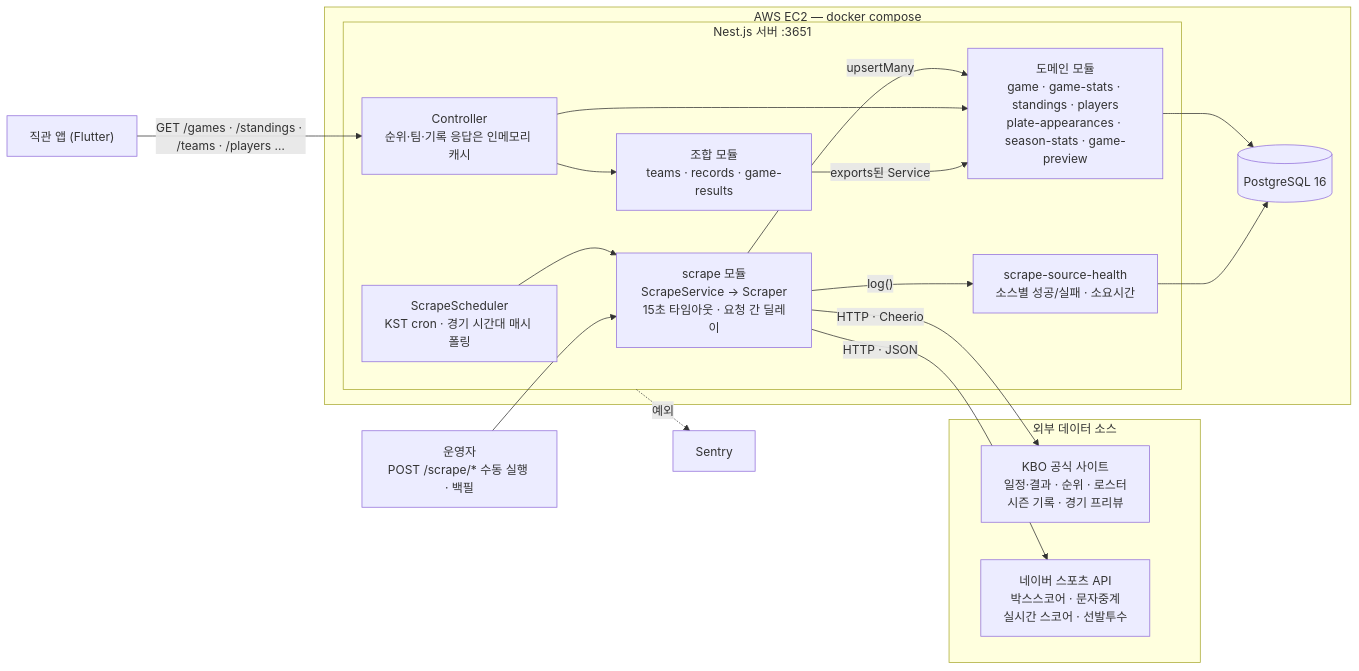
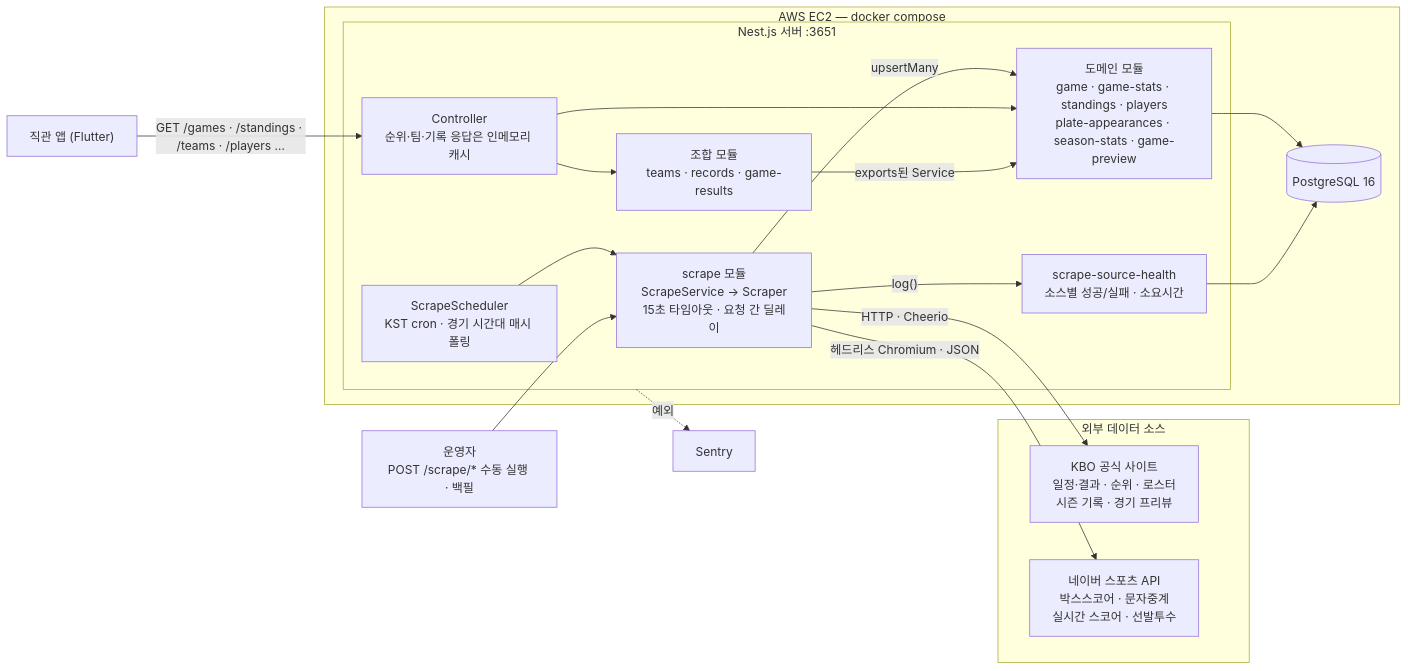
One commit to shot013/doo_kbo_scraping_server changed the first of 3 diagrams in README.md. Above: the diagram before and after it, drawn with Mermaid. The commit also changed other lines of this file and 15 other files, not shown here.

First line of the commit message:
fix(scrape): call naver api through headless chromium

````diff
--- a/README.md
+++ b/README.md
@@ -43,37 +43,37 @@
 ```mermaid
 flowchart LR
   subgraph SRC["외부 데이터 소스"]
     KBO["KBO 공식 사이트<br/>일정·결과 · 순위 · 로스터<br/>시즌 기록 · 경기 프리뷰"]
     NAVER["네이버 스포츠 API<br/>박스스코어 · 문자중계<br/>실시간 스코어 · 선발투수"]
   end
 
   subgraph EC2["AWS EC2 — docker compose"]
     subgraph NEST["Nest.js 서버 :3651"]
       SCHED["ScrapeScheduler<br/>KST cron · 경기 시간대 매시 폴링"]
       SCRAPE["scrape 모듈<br/>ScrapeService → Scraper<br/>15초 타임아웃 · 요청 간 딜레이"]
       CTRL["Controller<br/>순위·팀·기록 응답은 인메모리 캐시"]
       DOMAIN["도메인 모듈<br/>game · game-stats · standings · players<br/>plate-appearances · season-stats · game-preview"]
       COMBO["조합 모듈<br/>teams · records · game-results"]
       HEALTH["scrape-source-health<br/>소스별 성공/실패 · 소요시간"]
     end
     PG[("PostgreSQL 16")]
   end
 
   APP["직관 앱 (Flutter)"]
   OPS["운영자<br/>POST /scrape/* 수동 실행 · 백필"]
   SENTRY["Sentry"]
 
   SCHED --> SCRAPE
   OPS --> SCRAPE
   SCRAPE -- "HTTP · Cheerio" --> KBO
-  SCRAPE -- "HTTP · JSON" --> NAVER
+  SCRAPE -- "헤드리스 Chromium · JSON" --> NAVER
   SCRAPE -- "upsertMany" --> DOMAIN
   SCRAPE -- "log()" --> HEALTH
   APP -- "GET /games · /standings · /teams · /players …" --> CTRL
   CTRL --> DOMAIN
   CTRL --> COMBO
   COMBO -- "exports된 Service" --> DOMAIN
   DOMAIN --> PG
   HEALTH --> PG
   NEST -.->|"예외"| SENTRY
 ```
````
